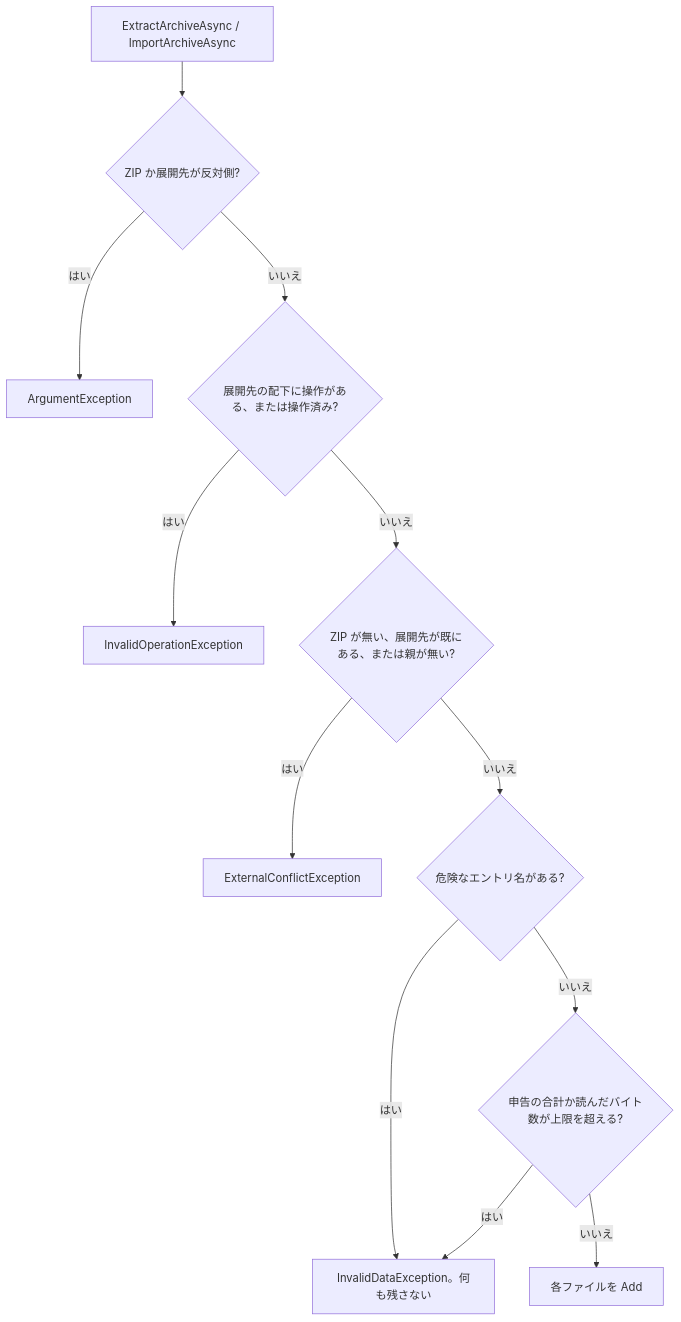
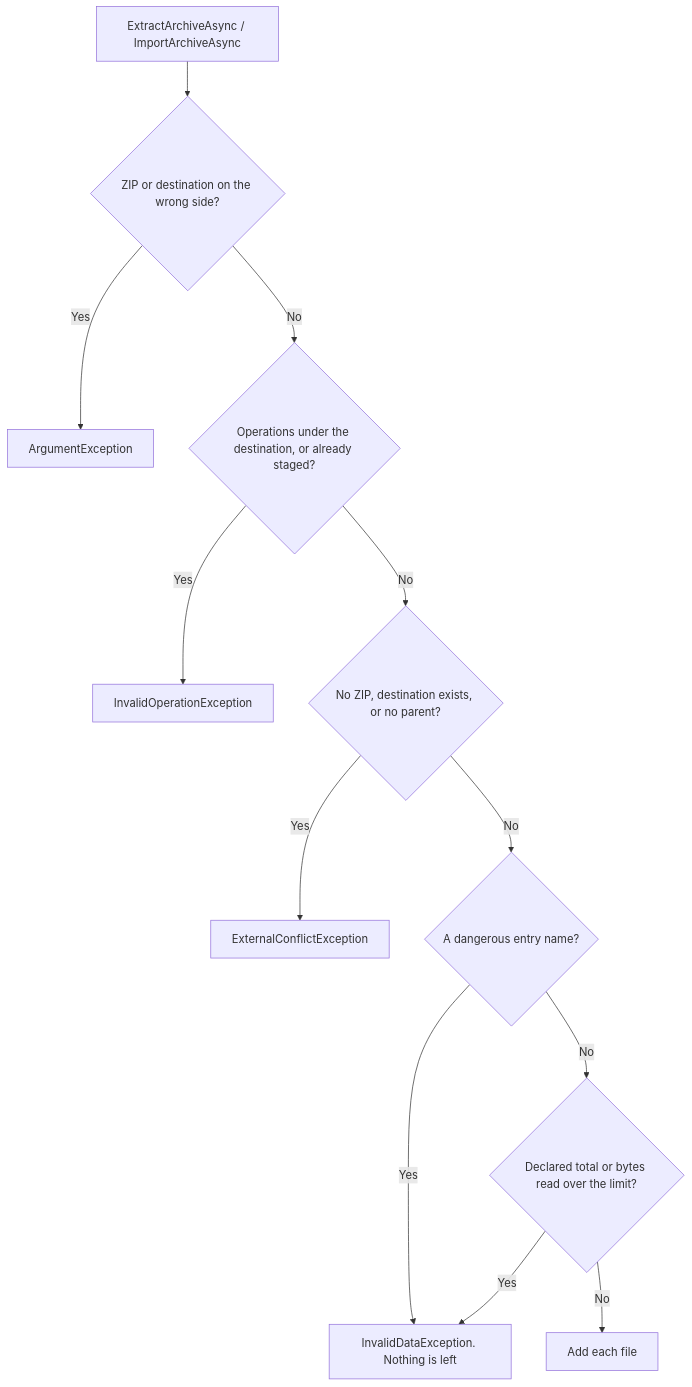
Diagram 14 of 15 in README.md (YUKIKEDA/Txfio), drawn with Mermaid before and after one commit. The commit also changed other lines of this file and 218 other files, not shown here.

````diff
--- a/README.md
+++ b/README.md
@@ -471,14 +473,14 @@
 ```mermaid
 flowchart TD
-  ext["ExtractArchiveAsync / ImportArchiveAsync"] --> side{"ZIP か展開先が反対側?"}
-  side -->|はい| arg["ArgumentException"]
-  side -->|いいえ| busy{"展開先の配下に操作がある、または操作済み?"}
-  busy -->|はい| inv["InvalidOperationException"]
-  busy -->|いいえ| blocked{"ZIP が無い、展開先が既にある、または親が無い?"}
-  blocked -->|はい| conflict["ExternalConflictException"]
-  blocked -->|いいえ| names{"危険なエントリ名がある?"}
-  names -->|はい| data["InvalidDataException。何も残さない"]
-  names -->|いいえ| size{"申告の合計か読んだバイト数が上限を超える?"}
-  size -->|はい| data
-  size -->|いいえ| add["各ファイルを Add"]
+  ext["ExtractArchiveAsync / ImportArchiveAsync"] --> side{"ZIP or destination on the wrong side?"}
+  side -->|Yes| arg["ArgumentException"]
+  side -->|No| busy{"Operations under the destination, or already staged?"}
+  busy -->|Yes| inv["InvalidOperationException"]
+  busy -->|No| blocked{"No ZIP, destination exists, or no parent?"}
+  blocked -->|Yes| conflict["ExternalConflictException"]
+  blocked -->|No| names{"A dangerous entry name?"}
+  names -->|Yes| data["InvalidDataException. Nothing is left"]
+  names -->|No| size{"Declared total or bytes read over the limit?"}
+  size -->|Yes| data
+  size -->|No| add["Add each file"]
 ```
````
